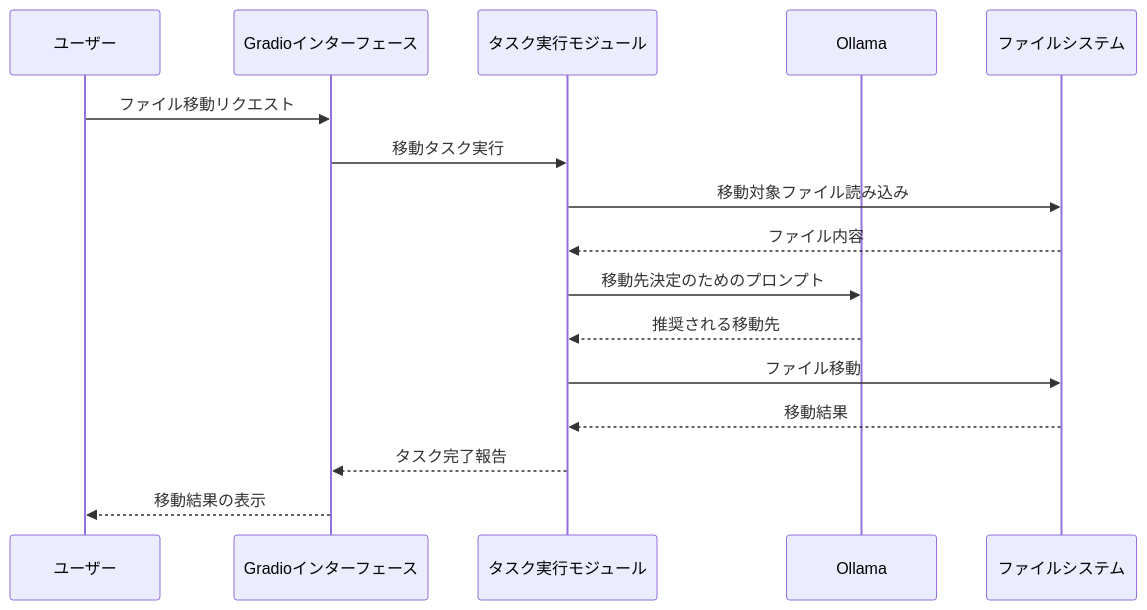
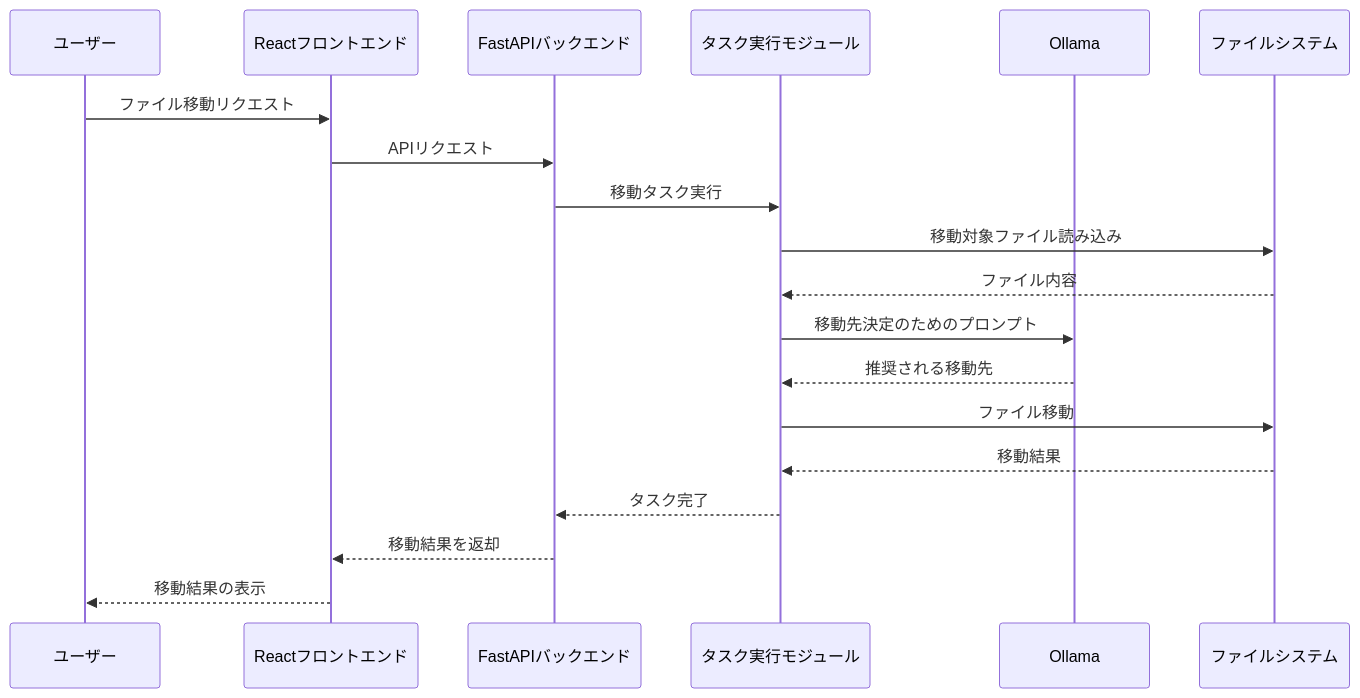
The fourth of 4 diagrams in docs/ARCHITECTURE.md (NewAITees/Obsidian-Concierge), drawn with Mermaid before and after one commit. The commit also changed other lines of this file and 41 other files, not shown here.

````diff
--- a/docs/ARCHITECTURE.md
+++ b/docs/ARCHITECTURE.md
@@ -107,19 +132,22 @@
 ```mermaid
 sequenceDiagram
     participant User as ユーザー
-    participant UI as Gradioインターフェース
+    participant FE as Reactフロントエンド
+    participant BE as FastAPIバックエンド
     participant Task as タスク実行モジュール
     participant LLM as Ollama
     participant FS as ファイルシステム
     
-    User->>UI: ファイル移動リクエスト
-    UI->>Task: 移動タスク実行
+    User->>FE: ファイル移動リクエスト
+    FE->>BE: APIリクエスト
+    BE->>Task: 移動タスク実行
     Task->>FS: 移動対象ファイル読み込み
     FS-->>Task: ファイル内容
     Task->>LLM: 移動先決定のためのプロンプト
     LLM-->>Task: 推奨される移動先
     Task->>FS: ファイル移動
     FS-->>Task: 移動結果
-    Task-->>UI: タスク完了報告
-    UI-->>User: 移動結果の表示
+    Task-->>BE: タスク完了
+    BE-->>FE: 移動結果を返却
+    FE-->>User: 移動結果の表示
 ```
````
